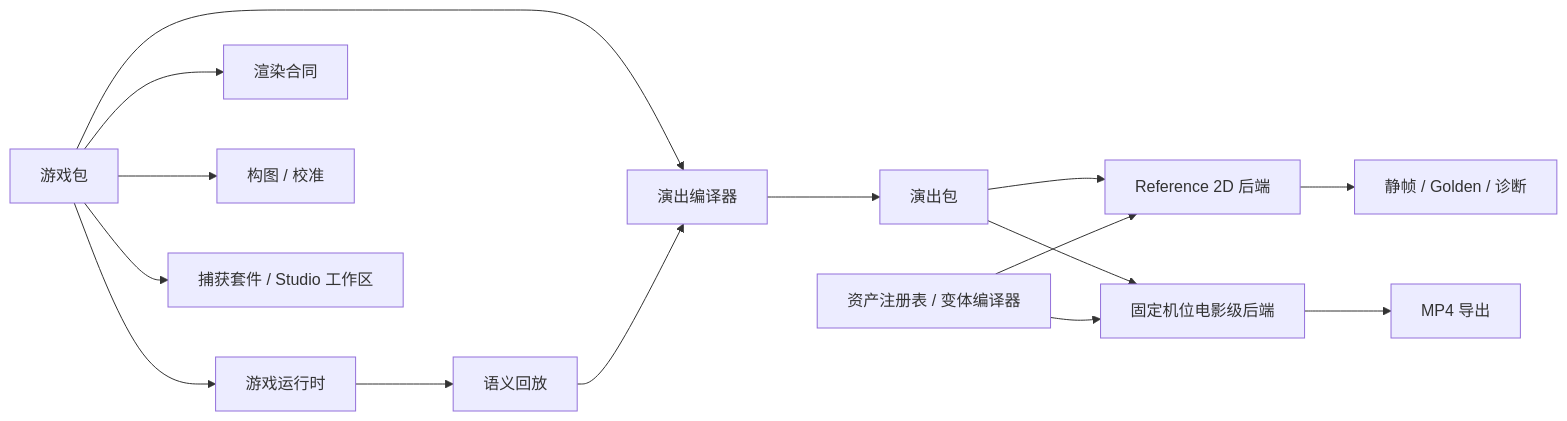
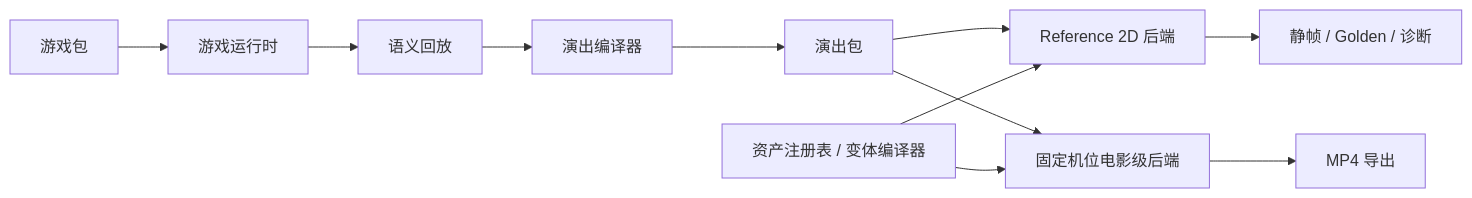
One commit to dongyuan21/melo-game-creative-studio changed the diagram in README.md. Above: the diagram before and after it, drawn with Mermaid. The commit also changed other lines of this file, not shown here.

````diff
--- a/README.md
+++ b/README.md
@@ -73,19 +85,13 @@
 ```mermaid
 flowchart LR
     A[游戏包] --> B[游戏运行时]
-    A --> C[演出编译器]
-    A --> D[渲染合同]
-    A --> E[构图 / 校准]
-    A --> F[捕获套件 / Studio 工作区]
-
     B --> G[语义回放]
-    G --> C
+    G --> C[演出编译器]
     C --> H[演出包]
     H --> I[Reference 2D 后端]
     H --> J[固定机位电影级后端]
-
     K[资产注册表 / 变体编译器] --> I
     K --> J
     I --> L[静帧 / Golden / 诊断]
     J --> M[MP4 导出]
 ```
````
